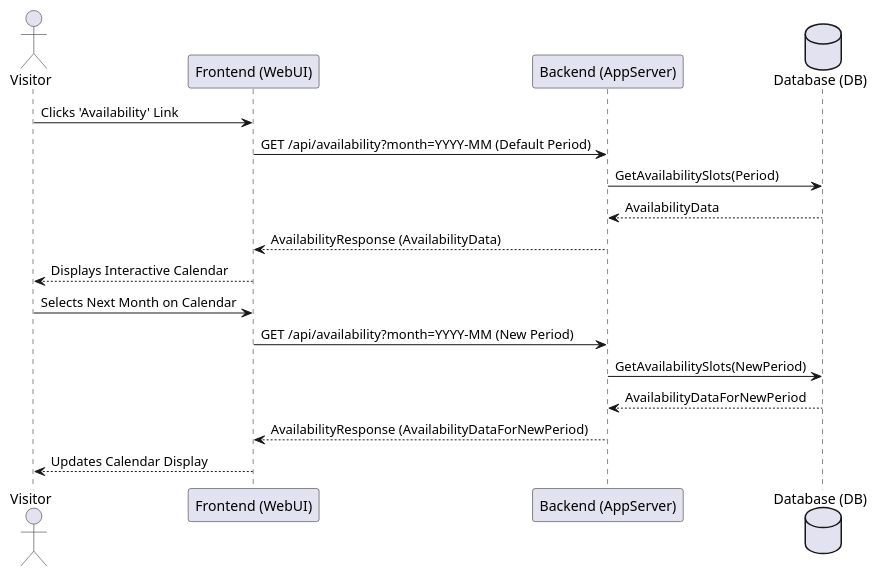
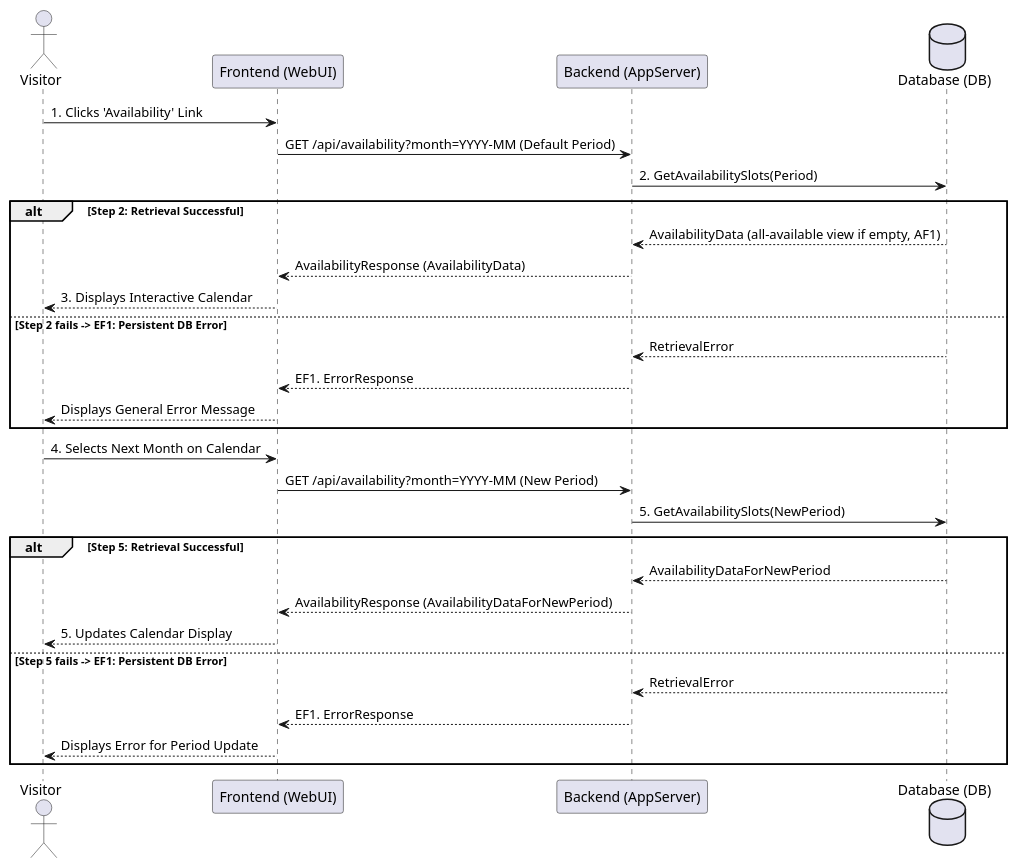
The eighth of 36 diagrams in Academic version/appendix: SRS.md (7azmi/Al-Muneer-Portal), drawn with PlantUML before and after one commit. The commit also changed other lines of this file and 10 other files, not shown here.

````diff
--- a/Academic version/appendix: SRS.md
+++ b/Academic version/appendix: SRS.md
@@ -563,22 +589,34 @@
 ```plantuml
 @startuml
 actor Visitor
 participant "Frontend (WebUI)" as UI
 participant "Backend (AppServer)" as App
 database "Database (DB)" as DB
 
-Visitor -> UI : Clicks 'Availability' Link
+Visitor -> UI : 1. Clicks 'Availability' Link
 UI -> App : GET /api/availability?month=YYYY-MM (Default Period)
-App -> DB : GetAvailabilitySlots(Period)
-DB --> App : AvailabilityData
-App --> UI : AvailabilityResponse (AvailabilityData)
-UI --> Visitor : Displays Interactive Calendar
+App -> DB : 2. GetAvailabilitySlots(Period)
+alt Step 2: Retrieval Successful
+    DB --> App : AvailabilityData (all-available view if empty, AF1)
+    App --> UI : AvailabilityResponse (AvailabilityData)
+    UI --> Visitor : 3. Displays Interactive Calendar
+else Step 2 fails -> EF1: Persistent DB Error
+    DB --> App : RetrievalError
+    App --> UI : EF1. ErrorResponse
+    UI --> Visitor : Displays General Error Message
+end
 
-Visitor -> UI : Selects Next Month on Calendar
+Visitor -> UI : 4. Selects Next Month on Calendar
 UI -> App : GET /api/availability?month=YYYY-MM (New Period)
-App -> DB : GetAvailabilitySlots(NewPeriod)
-DB --> App : AvailabilityDataForNewPeriod
-App --> UI : AvailabilityResponse (AvailabilityDataForNewPeriod)
-UI --> Visitor : Updates Calendar Display
+App -> DB : 5. GetAvailabilitySlots(NewPeriod)
+alt Step 5: Retrieval Successful
+    DB --> App : AvailabilityDataForNewPeriod
+    App --> UI : AvailabilityResponse (AvailabilityDataForNewPeriod)
+    UI --> Visitor : 5. Updates Calendar Display
+else Step 5 fails -> EF1: Persistent DB Error
+    DB --> App : RetrievalError
+    App --> UI : EF1. ErrorResponse
+    UI --> Visitor : Displays Error for Period Update
+end
 @enduml
 ```
````
